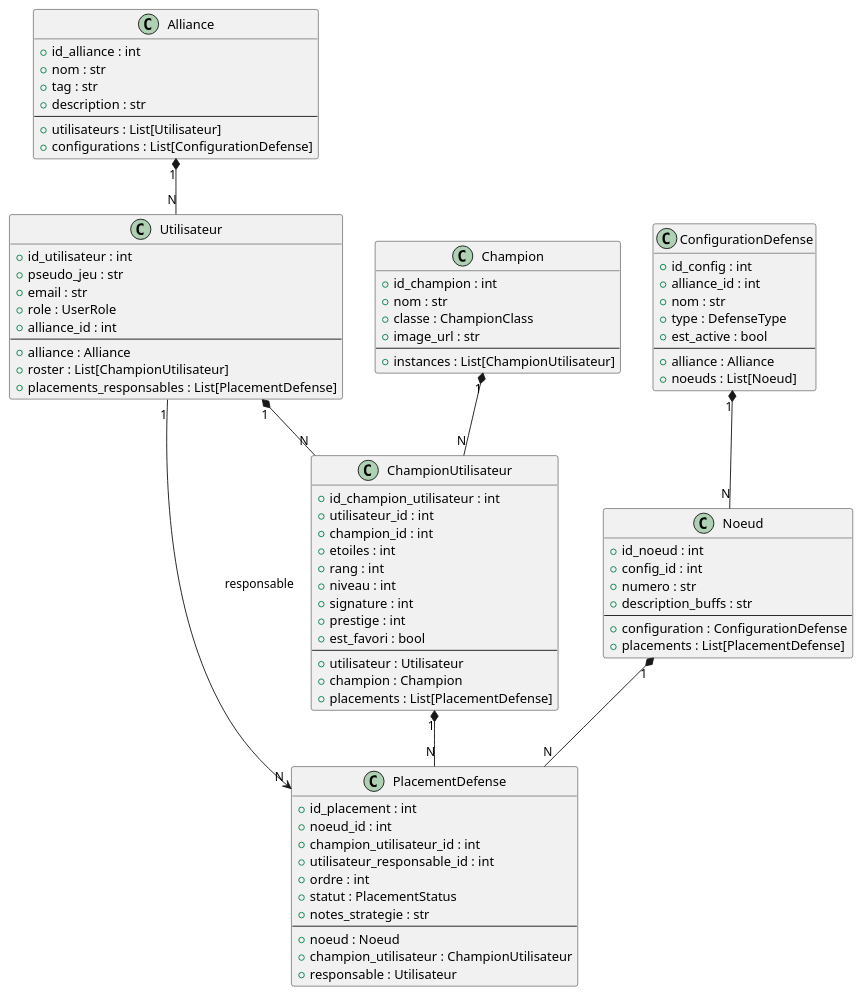
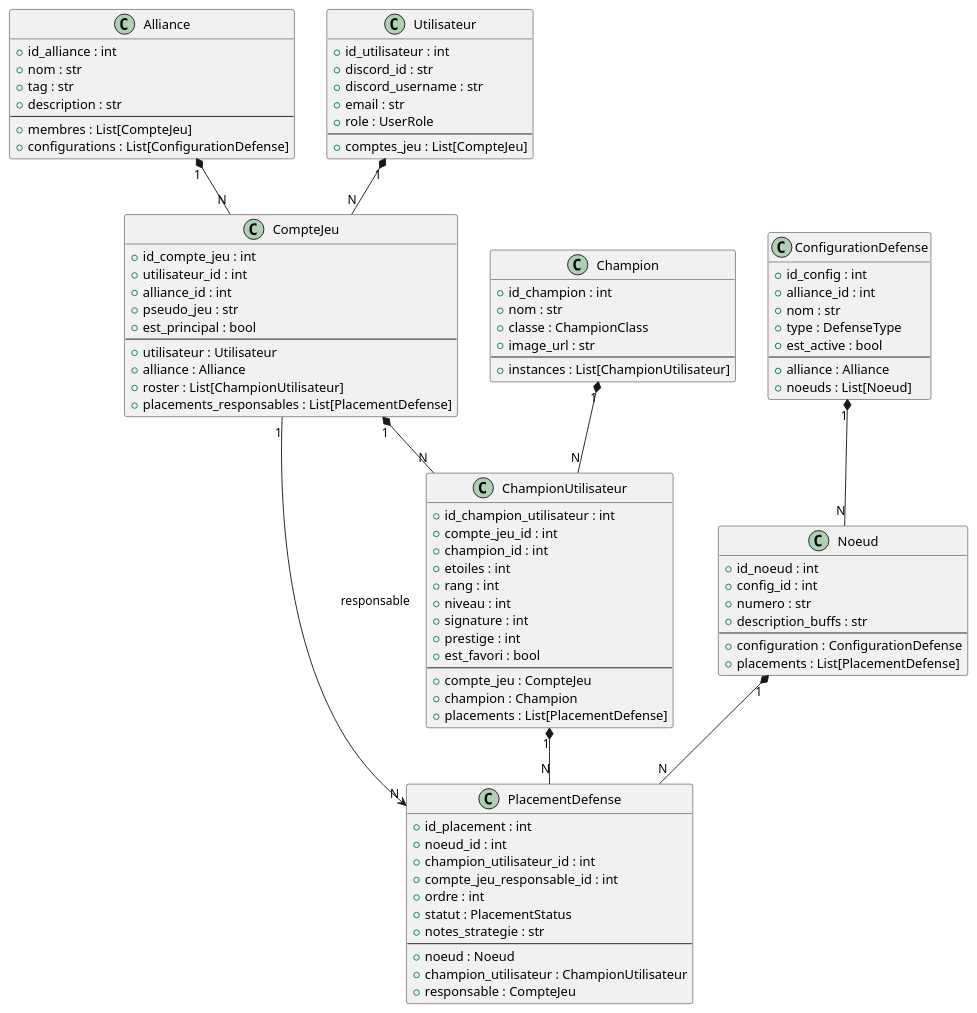
The diagram in api/docs/diag_class.puml (SNEAXIII/Mawster), drawn with PlantUML before and after one commit. The commit also changed 12 other files, not shown here.

```diff
--- a/api/docs/diag_class.puml
+++ b/api/docs/diag_class.puml
@@ -1,96 +1,108 @@
 @startuml Class_FastAPI
 
 
 
   class Alliance {
     + id_alliance : int
     + nom : str
     + tag : str
     + description : str
     --
-    + utilisateurs : List[Utilisateur]
+    + membres : List[CompteJeu]
     + configurations : List[ConfigurationDefense]
   }
 
   class Utilisateur {
     + id_utilisateur : int
-    + pseudo_jeu : str
+    + discord_id : str
+    + discord_username : str
     + email : str
     + role : UserRole
+    --
+    + comptes_jeu : List[CompteJeu]
+  }
+
+  class CompteJeu {
+    + id_compte_jeu : int
+    + utilisateur_id : int
     + alliance_id : int
+    + pseudo_jeu : str
+    + est_principal : bool
     --
+    + utilisateur : Utilisateur
     + alliance : Alliance
     + roster : List[ChampionUtilisateur]
     + placements_responsables : List[PlacementDefense]
   }
 
   class Champion {
     + id_champion : int
     + nom : str
     + classe : ChampionClass
     + image_url : str
     --
     + instances : List[ChampionUtilisateur]
   }
 
   class ChampionUtilisateur {
     + id_champion_utilisateur : int
-    + utilisateur_id : int
+    + compte_jeu_id : int
     + champion_id : int
     + etoiles : int
     + rang : int
     + niveau : int
     + signature : int
     + prestige : int
     + est_favori : bool
     --
-    + utilisateur : Utilisateur
+    + compte_jeu : CompteJeu
     + champion : Champion
     + placements : List[PlacementDefense]
   }
 
   class ConfigurationDefense {
     + id_config : int
     + alliance_id : int
     + nom : str
     + type : DefenseType
     + est_active : bool
     --
     + alliance : Alliance
     + noeuds : List[Noeud]
   }
 
   class Noeud {
     + id_noeud : int
     + config_id : int
     + numero : str
     + description_buffs : str
     --
     + configuration : ConfigurationDefense
     + placements : List[PlacementDefense]
   }
 
   class PlacementDefense {
     + id_placement : int
     + noeud_id : int
     + champion_utilisateur_id : int
-    + utilisateur_responsable_id : int
+    + compte_jeu_responsable_id : int
     + ordre : int
     + statut : PlacementStatus
     + notes_strategie : str
     --
     + noeud : Noeud
     + champion_utilisateur : ChampionUtilisateur
-    + responsable : Utilisateur
+    + responsable : CompteJeu
   }
 
 
-Alliance "1" *-- "N" Utilisateur
-Utilisateur "1" *-- "N" ChampionUtilisateur
+Utilisateur "1" *-- "N" CompteJeu
+Alliance "1" *-- "N" CompteJeu
+CompteJeu "1" *-- "N" ChampionUtilisateur
 Champion "1" *-- "N" ChampionUtilisateur
 ConfigurationDefense "1" *-- "N" Noeud
 Noeud "1" *-- "N" PlacementDefense
 ChampionUtilisateur "1" *-- "N" PlacementDefense
-Utilisateur "1" --> "N" PlacementDefense : responsable
+CompteJeu "1" --> "N" PlacementDefense : responsable
 
 @enduml
```
